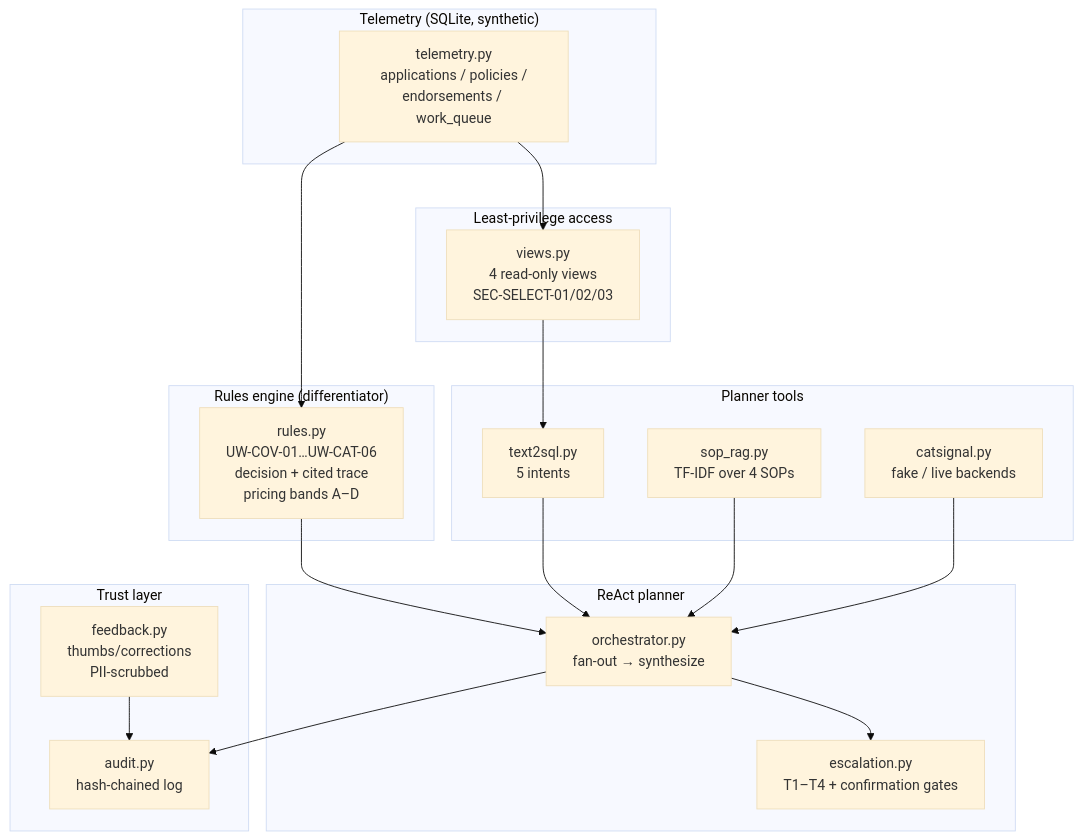
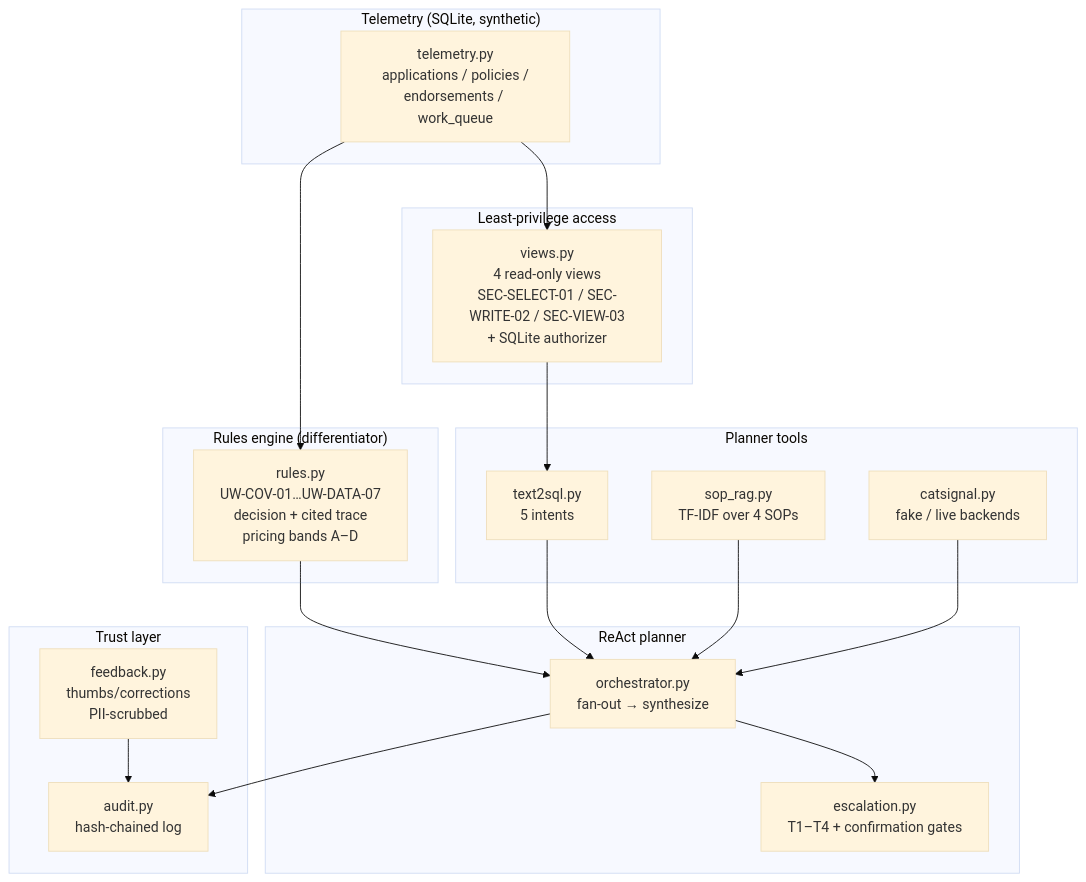
Before and after one commit to jagadishmazure-jpg/Jagadish-insurance-underwriting-agents: the diagram in knowledge/architecture.md, drawn with Mermaid (base theme). The commit also changed 25 other files, not shown here.

````diff
--- a/knowledge/architecture.md
+++ b/knowledge/architecture.md
@@ -3,33 +3,33 @@
 ```mermaid
 flowchart TD
     subgraph DATA["Telemetry (SQLite, synthetic)"]
         T[telemetry.py<br/>applications / policies /<br/>endorsements / work_queue]
     end
     subgraph GUARD["Least-privilege access"]
-        V[views.py<br/>4 read-only views<br/>SEC-SELECT-01/02/03]
+        V[views.py<br/>4 read-only views<br/>SEC-SELECT-01 / SEC-WRITE-02 / SEC-VIEW-03<br/>+ SQLite authorizer]
     end
     subgraph BRAIN["Rules engine (differentiator)"]
-        R[rules.py<br/>UW-COV-01…UW-CAT-06<br/>decision + cited trace<br/>pricing bands A–D]
+        R[rules.py<br/>UW-COV-01…UW-DATA-07<br/>decision + cited trace<br/>pricing bands A–D]
     end
     subgraph TOOLS["Planner tools"]
         S[text2sql.py<br/>5 intents]
         RAG[sop_rag.py<br/>TF-IDF over 4 SOPs]
         CAT[catsignal.py<br/>fake / live backends]
     end
     subgraph PLAN["ReAct planner"]
         O[orchestrator.py<br/>fan-out → synthesize]
         E[escalation.py<br/>T1–T4 + confirmation gates]
     end
     subgraph TRUST["Trust layer"]
         A[audit.py<br/>hash-chained log]
         F[feedback.py<br/>thumbs/corrections<br/>PII-scrubbed]
     end
 
     T --> V --> S --> O
     T --> R --> O
     RAG --> O
     CAT --> O
     O --> E
     O --> A
     F --> A
 ```
````
